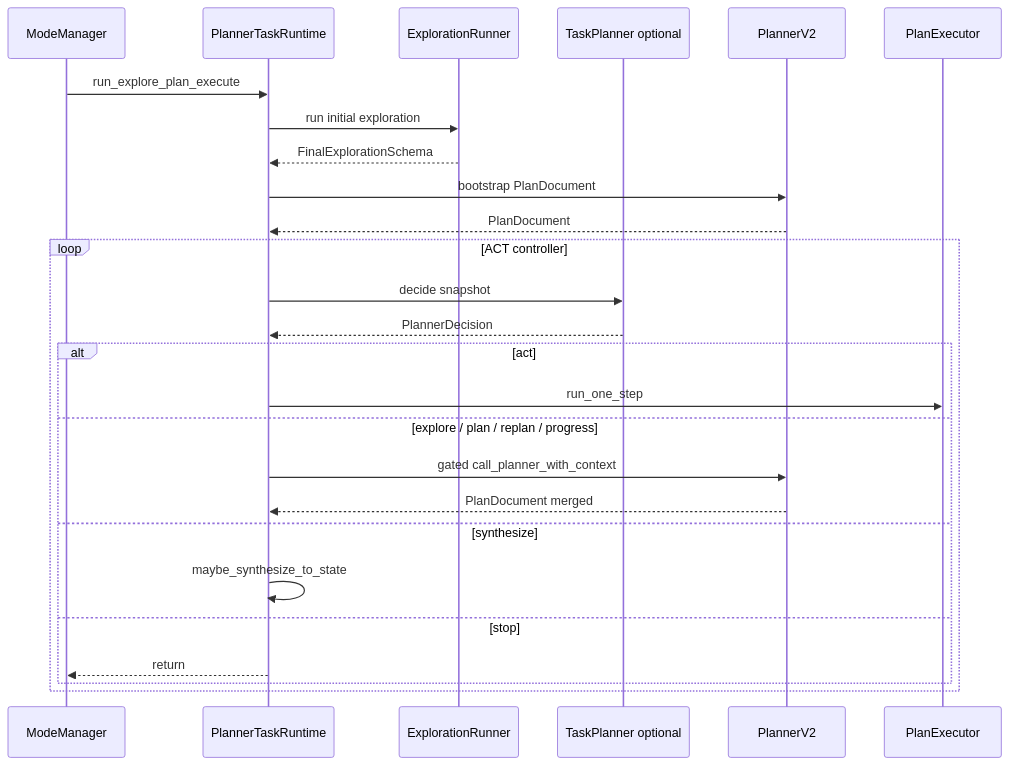
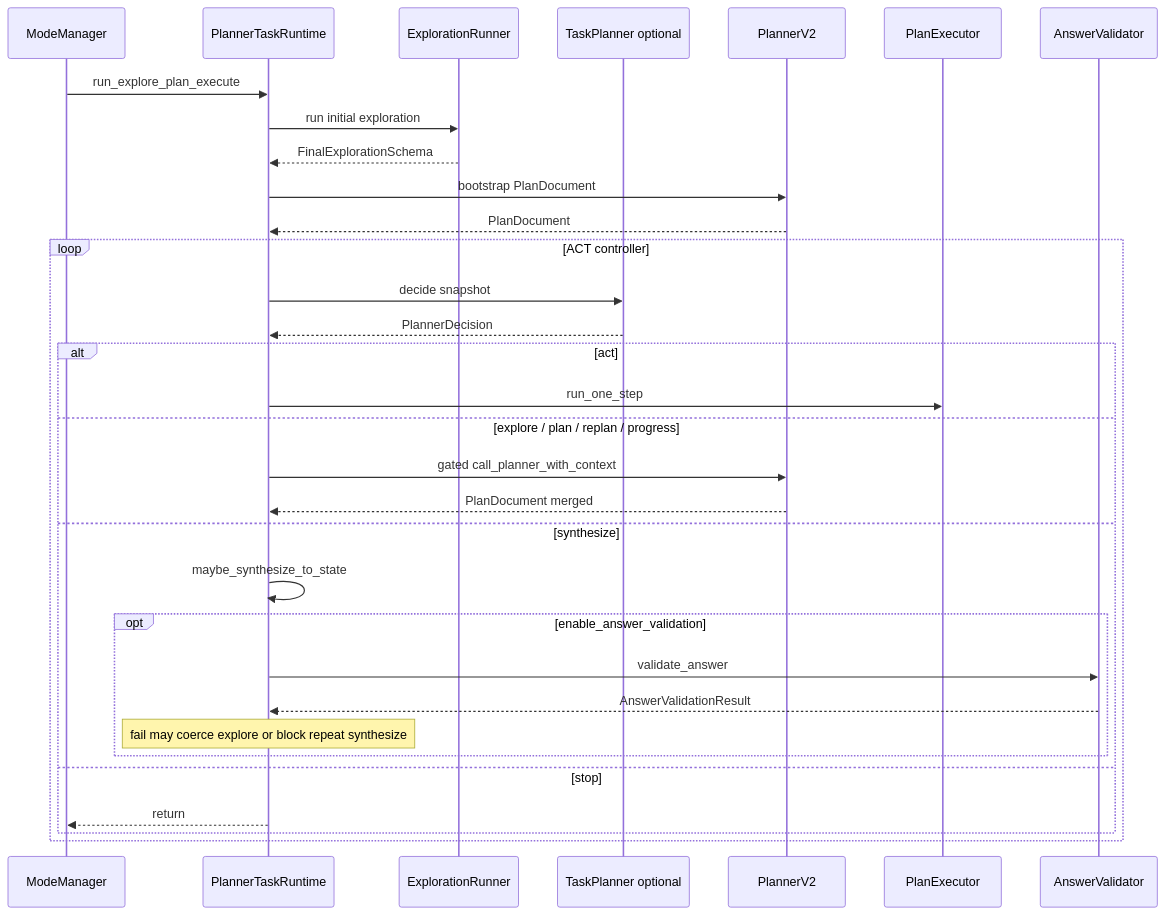
One commit to Pugsy-Explores/AutoStudio changed the second of 4 diagrams in README.md. Above: the diagram before and after it, drawn with Mermaid. The commit also changed other lines of this file and 3 other files, not shown here.

First line of the commit message:
docs: refresh architecture diagrams for ACT, validation, tiered eval

````diff
--- a/README.md
+++ b/README.md
@@ -107,28 +111,34 @@
 ```mermaid
 sequenceDiagram
   participant MM as ModeManager
   participant PTR as PlannerTaskRuntime
   participant ER as ExplorationRunner
   participant TP as TaskPlanner optional
   participant PV2 as PlannerV2
   participant PE as PlanExecutor
+  participant AV as AnswerValidator
   MM->>PTR: run_explore_plan_execute
   PTR->>ER: run initial exploration
   ER-->>PTR: FinalExplorationSchema
   PTR->>PV2: bootstrap PlanDocument
   PV2-->>PTR: PlanDocument
   loop ACT controller
     PTR->>TP: decide snapshot
     TP-->>PTR: PlannerDecision
     alt act
       PTR->>PE: run_one_step
     else explore / plan / replan / progress
       PTR->>PV2: gated call_planner_with_context
       PV2-->>PTR: PlanDocument merged
     else synthesize
       PTR->>PTR: maybe_synthesize_to_state
+      opt enable_answer_validation
+        PTR->>AV: validate_answer
+        AV-->>PTR: AnswerValidationResult
+        Note over PTR: fail may coerce explore or block repeat synthesize
+      end
     else stop
       PTR-->>MM: return
     end
   end
 ```
````
